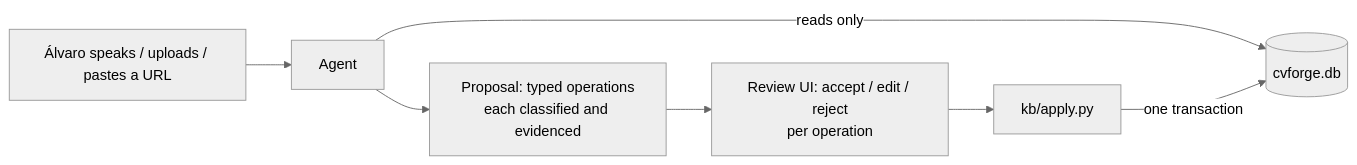
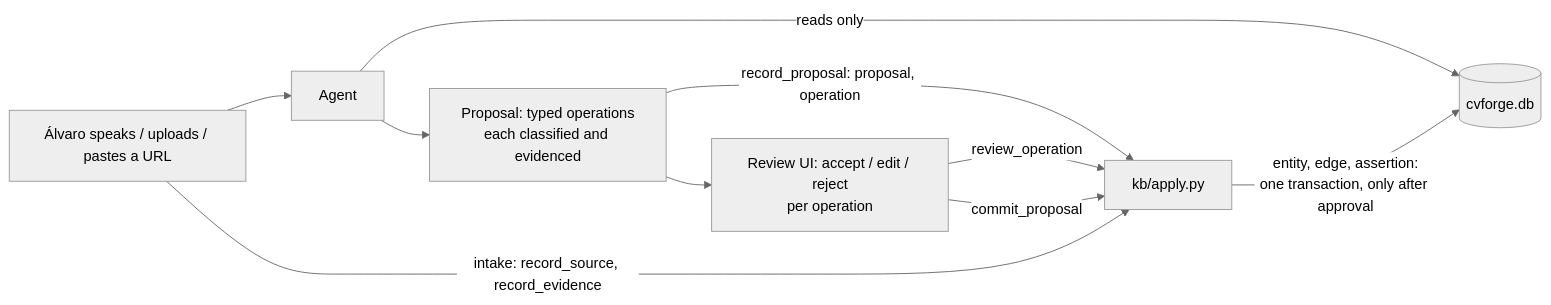
Before and after one commit to SelfishCoconut/cvforge: the second of 2 diagrams in docs/architecture/knowledge-model.md, drawn with Mermaid (neutral theme). The commit also changed other lines of this file and 13 other files, not shown here.

````diff
--- a/docs/architecture/knowledge-model.md
+++ b/docs/architecture/knowledge-model.md
@@ -64,9 +76,12 @@
 ```mermaid
 flowchart LR
   A[Álvaro speaks / uploads / pastes a URL] --> B[Agent]
   B -->|reads only| KB[(cvforge.db)]
   B --> P[Proposal: typed operations<br/>each classified and evidenced]
+  A -->|intake: record_source, record_evidence| W[kb/apply.py]
+  P -->|record_proposal: proposal, operation| W
   P --> R[Review UI: accept / edit / reject<br/>per operation]
-  R --> W[kb/apply.py]
-  W -->|one transaction| KB
+  R -->|review_operation| W
+  R -->|commit_proposal| W
+  W -->|entity, edge, assertion:<br/>one transaction, only after approval| KB
 ```
````
